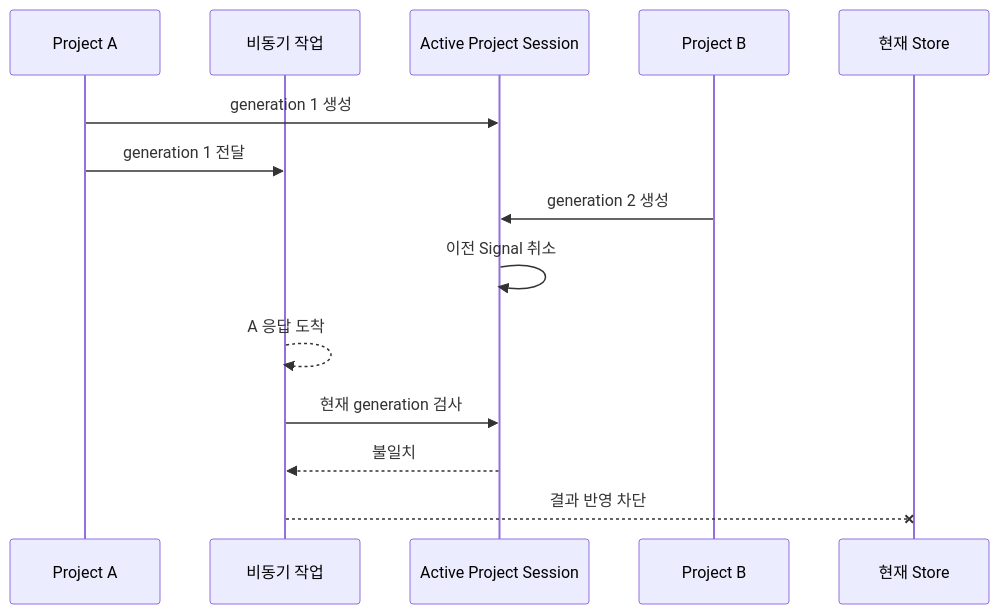
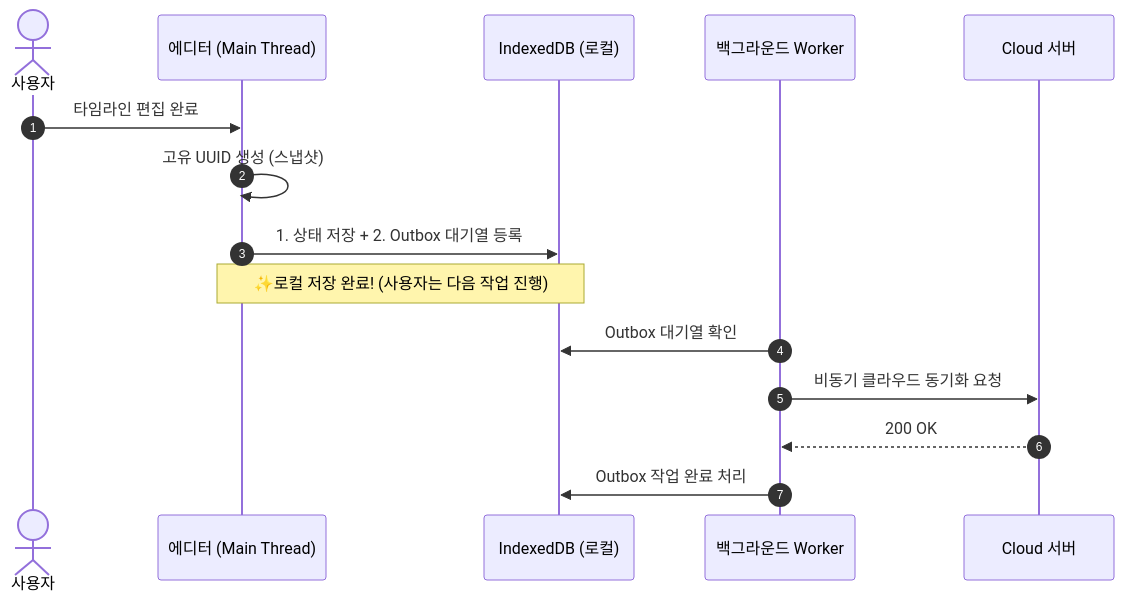
The diagram in content/posts/local-first-media-project-storage.md (whizzkid1452/blog), drawn with Mermaid before and after one commit. The commit also changed other lines of this file, not shown here.

Commit message:
docs(local-first): refine the narrative on Local-first architecture and its impact on media editing experience

````diff
--- a/content/posts/local-first-media-project-storage.md
+++ b/content/posts/local-first-media-project-storage.md
@@ -128,17 +40,20 @@
 ```mermaid
 sequenceDiagram
-    participant A as Project A
-    participant Job as 비동기 작업
-    participant Scope as Active Project Session
-    participant B as Project B
-    participant Store as 현재 Store
+    autonumber
 
-    A->>Scope: generation 1 생성
-    A->>Job: generation 1 전달
-    B->>Scope: generation 2 생성
-    Scope->>Scope: 이전 Signal 취소
-    Job-->>Job: A 응답 도착
-    Job->>Scope: 현재 generation 검사
-    Scope-->>Job: 불일치
-    Job--xStore: 결과 반영 차단
+    actor User as 사용자
+    participant Editor as 에디터 (Main Thread)
+    participant IDB as IndexedDB (로컬)
+    participant Worker as 백그라운드 Worker
+    participant Cloud as Cloud 서버
+
+    User->>Editor: 타임라인 편집 완료
+    Editor->>Editor: 고유 UUID 생성 (스냅샷)
+    Editor->>IDB: 1. 상태 저장 + 2. Outbox 대기열 등록
+    Note over Editor,IDB: ✨로컬 저장 완료! (사용자는 다음 작업 진행)
+
+    Worker->>IDB: Outbox 대기열 확인
+    Worker->>Cloud: 비동기 클라우드 동기화 요청
+    Cloud-->>Worker: 200 OK
+    Worker->>IDB: Outbox 작업 완료 처리
 ```
````
